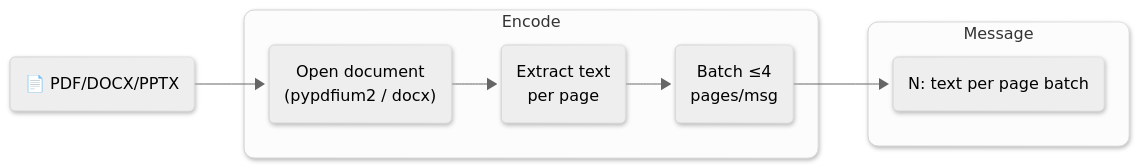
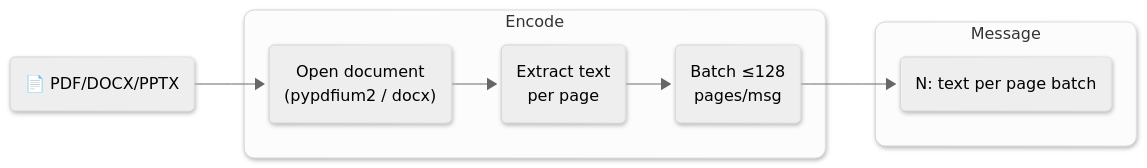
Diagram 25 of 29 in docs/encoders.md (vlm-run/mm), drawn with Mermaid (neutral theme) before and after one commit. The commit also changed other lines of this file and 99 other files, not shown here.

````diff
--- a/docs/encoders.md
+++ b/docs/encoders.md
@@ -447,19 +726,19 @@
 ```mermaid
 %%{init: {'look': 'neo'} }%%
 graph LR
   doc("📄 PDF/DOCX/PPTX")
 
   subgraph encode ["Encode"]
     open("Open document\n(pypdfium2 / docx)")
     extract("Extract text\nper page")
-    batch("Batch ≤4\npages/msg")
+    batch("Batch ≤128\npages/msg")
   end
 
   subgraph message ["Message"]
     msgs("N: text per page batch")
   end
 
   doc --> open --> extract --> batch --> msgs
   style encode rx:10px,ry:10px
   style message rx:10px,ry:10px
 ```
````
